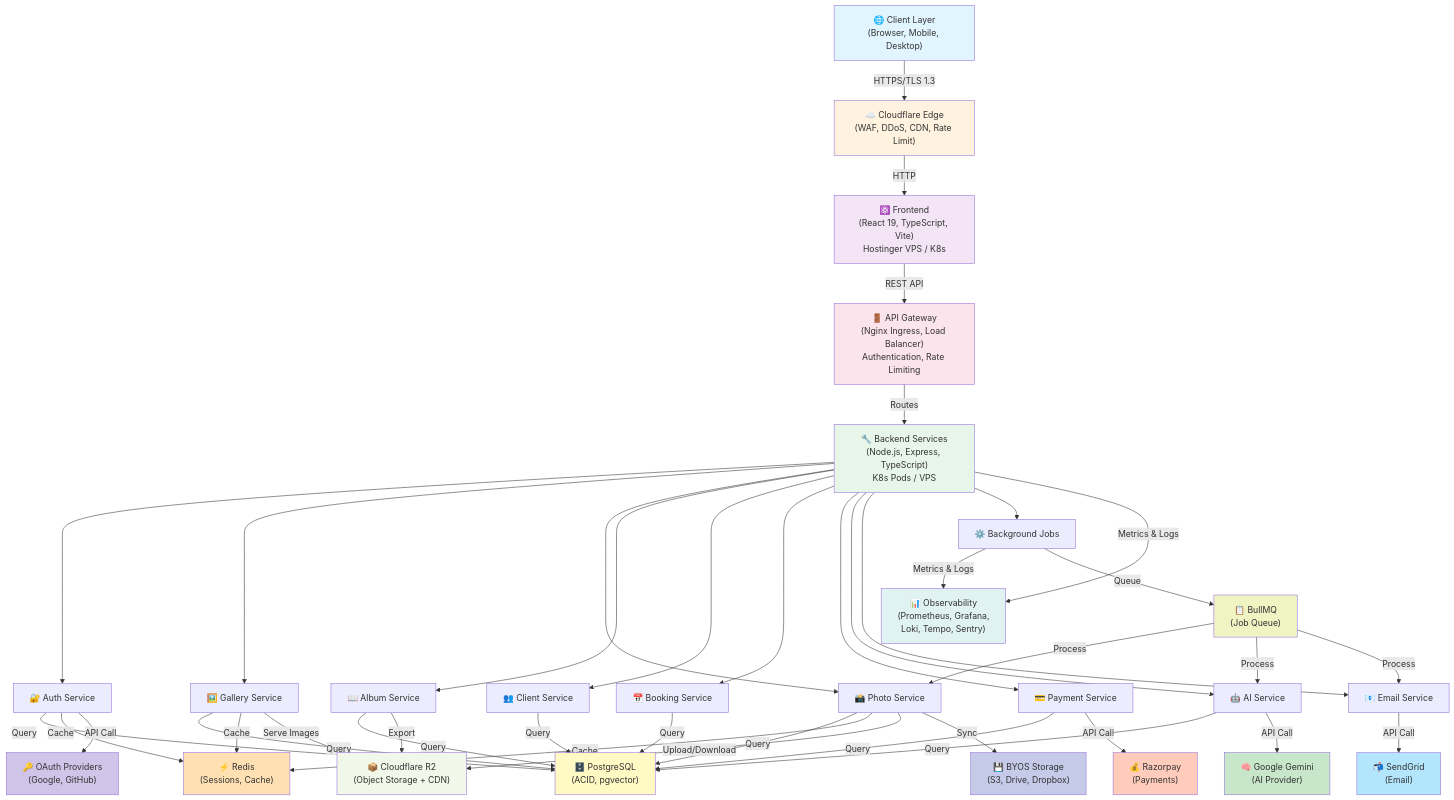
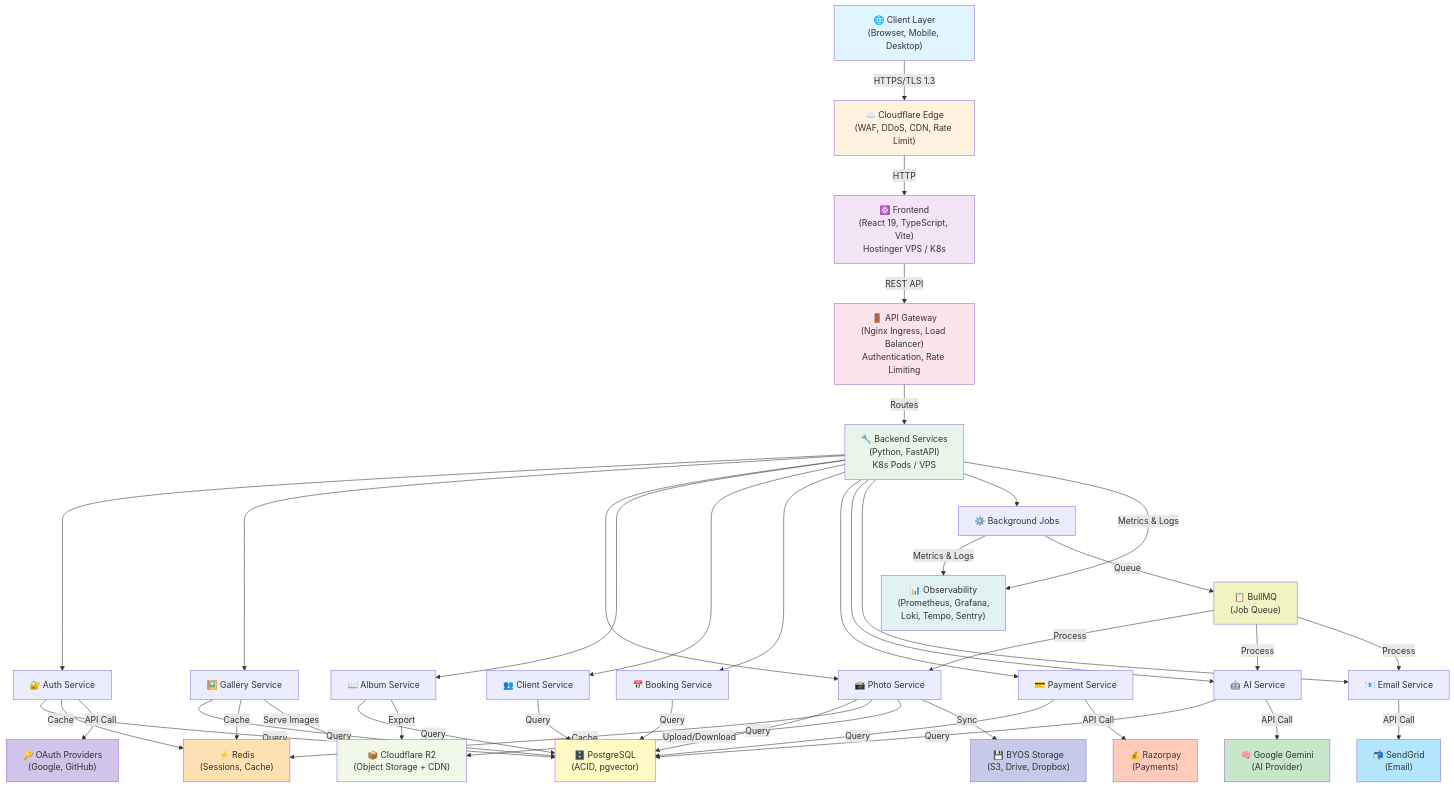
Before and after one commit to veerababumanyam/RawDrive: the diagram in docs/project/01-TECH_STACK.md, drawn with Mermaid. The commit also changed other lines of this file and 70 other files, not shown here.

```diff
--- a/docs/project/01-TECH_STACK.md
+++ b/docs/project/01-TECH_STACK.md
@@ -101,7 +101,7 @@
     
     Ingress["🚪 API Gateway<br/>(Nginx Ingress, Load Balancer)<br/>Authentication, Rate Limiting"]
     
-    Backend["🔧 Backend Services<br/>(Node.js, Express, TypeScript)<br/>K8s Pods / VPS"]
+    Backend["🔧 Backend Services<br/>(Python, FastAPI)<br/>K8s Pods / VPS"]
     
     Auth["🔐 Auth Service"]
     Gallery["🖼️ Gallery Service"]
```
